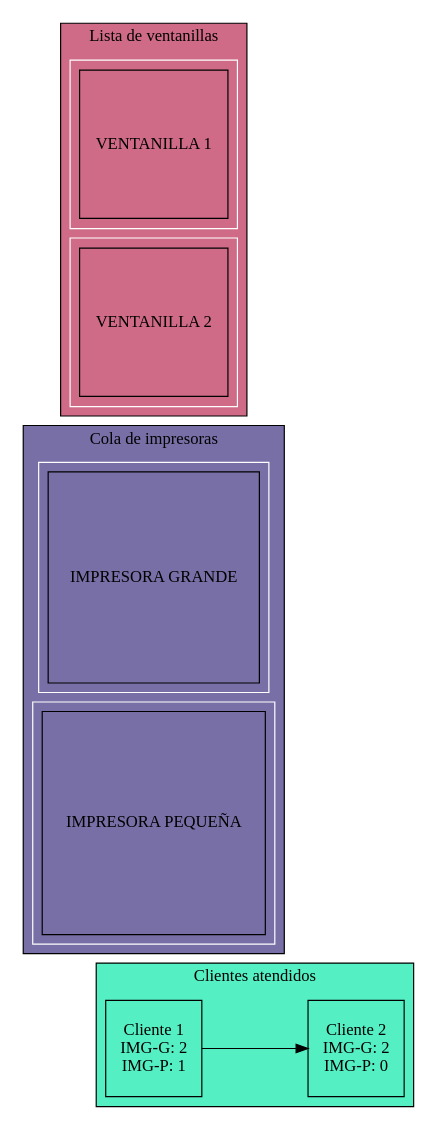
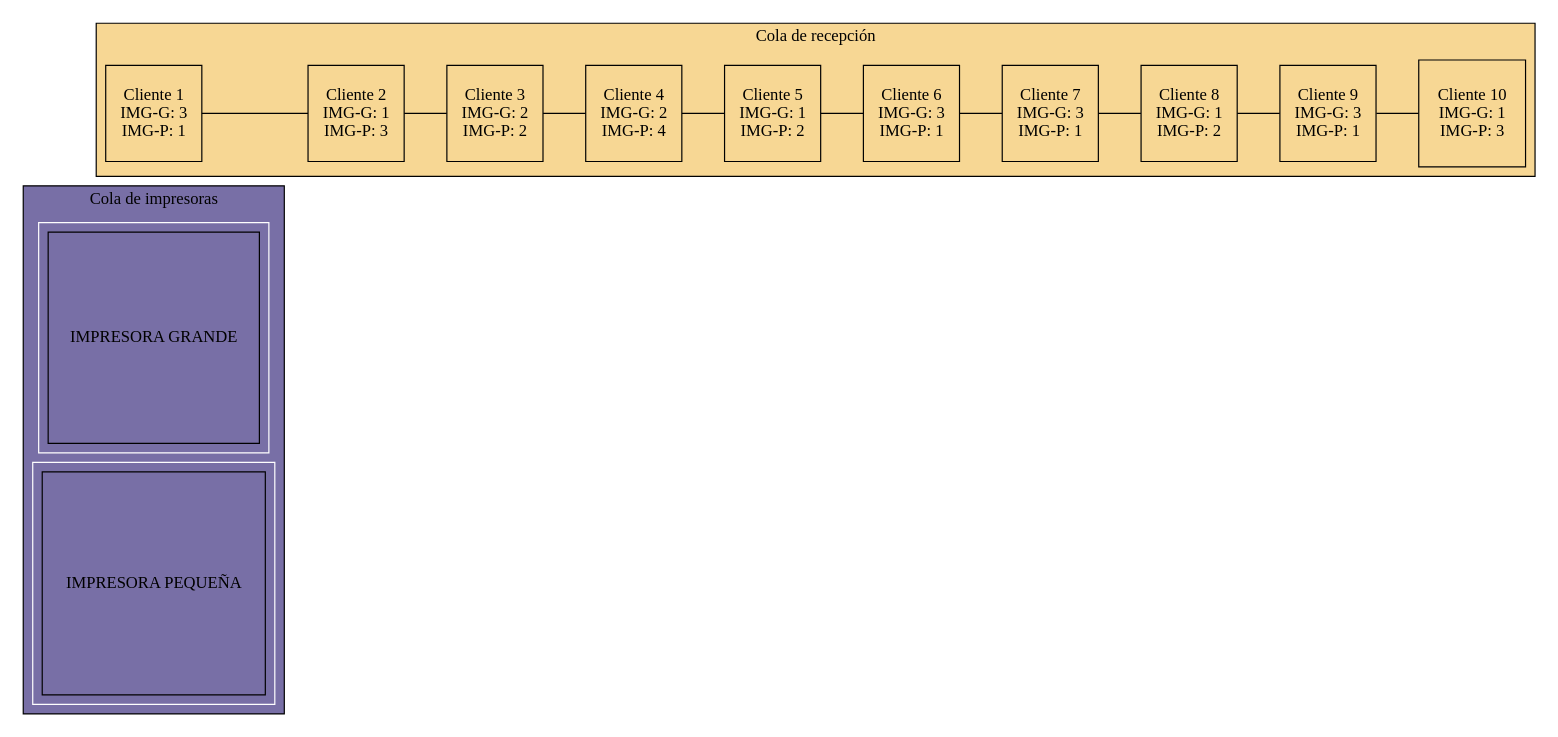
The diagram in grafo.dot (202208521-luis-morales/EDD_2024S1_Fase1), drawn with Graphviz before and after one commit. The commit also changed 8 other files, not shown here.

```diff
--- a/grafo.dot
+++ b/grafo.dot
@@ -1,51 +1,57 @@
 digraph G {
 rankdir=LR
 subgraph cluster_5 {
 label = "Clientes atendidos";
 bgcolor="#55efc4"
 node[shape=square]
-Nodo5_1 [label="Cliente 1\nIMG-G: 2\nIMG-P: 1"];
-Nodo5_2 [label="Cliente 2\nIMG-G: 2\nIMG-P: 0"];
-Nodo5_1                    -> Nodo5_2                   
 }
 subgraph cluster_4 {
 label = "Cola de impresoras";
 bgcolor="#786fa6"
 node[shape=square]
 subgraph cluster_4_1 {
 label = ""
 color=white
 Nodo4_1_1 [label="IMPRESORA GRANDE"];
 }
 subgraph cluster_4_2 {
 label = ""
 color=white
 Nodo4_2_1 [label="IMPRESORA PEQUEÑA"];
 }
 }
 subgraph cluster_3 {
 label = "Lista de clientes en espera";
 bgcolor="#63cdda"
 node[shape=square]
 }
 subgraph cluster_2 {
 label = "Lista de ventanillas";
 bgcolor="#cf6a87";
 node[shape=square]
-subgraph cluster_2_1                   {
-label = ""
-color=white
-Nodo2_1_1 [label="VENTANILLA 1"];
-}
-subgraph cluster_2_2                   {
-label = ""
-color=white
-Nodo2_2_1 [label="VENTANILLA 2"];
-}
 }
 subgraph cluster_1 {
 label = "Cola de recepción";
 bgcolor="#f7d794"
 node[shape=square]
+Nodo1_1                    [label="Cliente 1\nIMG-G: 3\nIMG-P: 1"];
+Nodo1_2                    [label="Cliente 2\nIMG-G: 1\nIMG-P: 3"];
+Nodo1_1                    -> Nodo1_2                    [dir=none]
+Nodo1_3                    [label="Cliente 3\nIMG-G: 2\nIMG-P: 2"];
+Nodo1_2                    -> Nodo1_3                    [dir=none]
+Nodo1_4                    [label="Cliente 4\nIMG-G: 2\nIMG-P: 4"];
+Nodo1_3                    -> Nodo1_4                    [dir=none]
+Nodo1_5                    [label="Cliente 5\nIMG-G: 1\nIMG-P: 2"];
+Nodo1_4                    -> Nodo1_5                    [dir=none]
+Nodo1_6                    [label="Cliente 6\nIMG-G: 3\nIMG-P: 1"];
+Nodo1_5                    -> Nodo1_6                    [dir=none]
+Nodo1_7                    [label="Cliente 7\nIMG-G: 3\nIMG-P: 1"];
+Nodo1_6                    -> Nodo1_7                    [dir=none]
+Nodo1_8                    [label="Cliente 8\nIMG-G: 1\nIMG-P: 2"];
+Nodo1_7                    -> Nodo1_8                    [dir=none]
+Nodo1_9                    [label="Cliente 9\nIMG-G: 3\nIMG-P: 1"];
+Nodo1_8                    -> Nodo1_9                    [dir=none]
+Nodo1_10                   [label="Cliente 10\nIMG-G: 1\nIMG-P: 3"];
+Nodo1_9                    -> Nodo1_10                   [dir=none]
 }
 }
```
